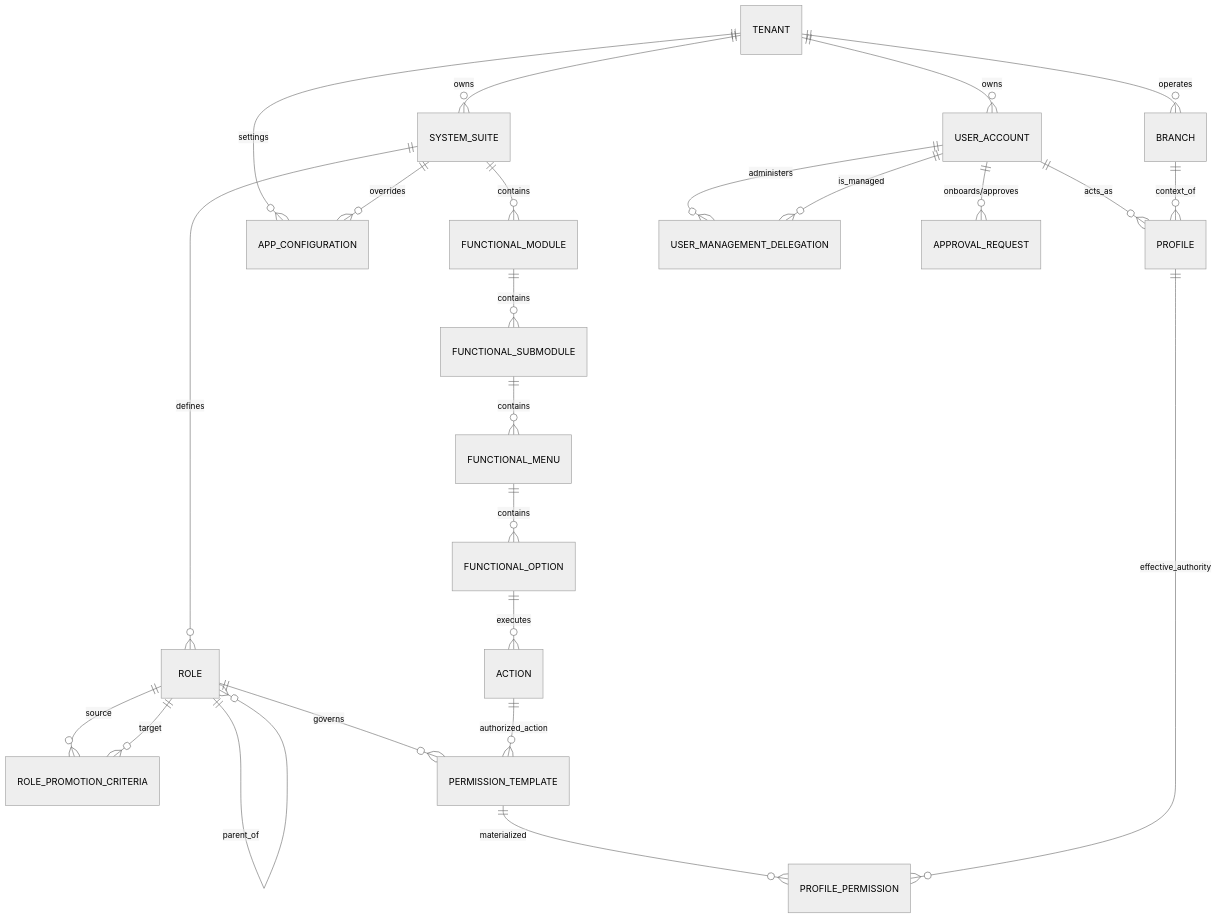
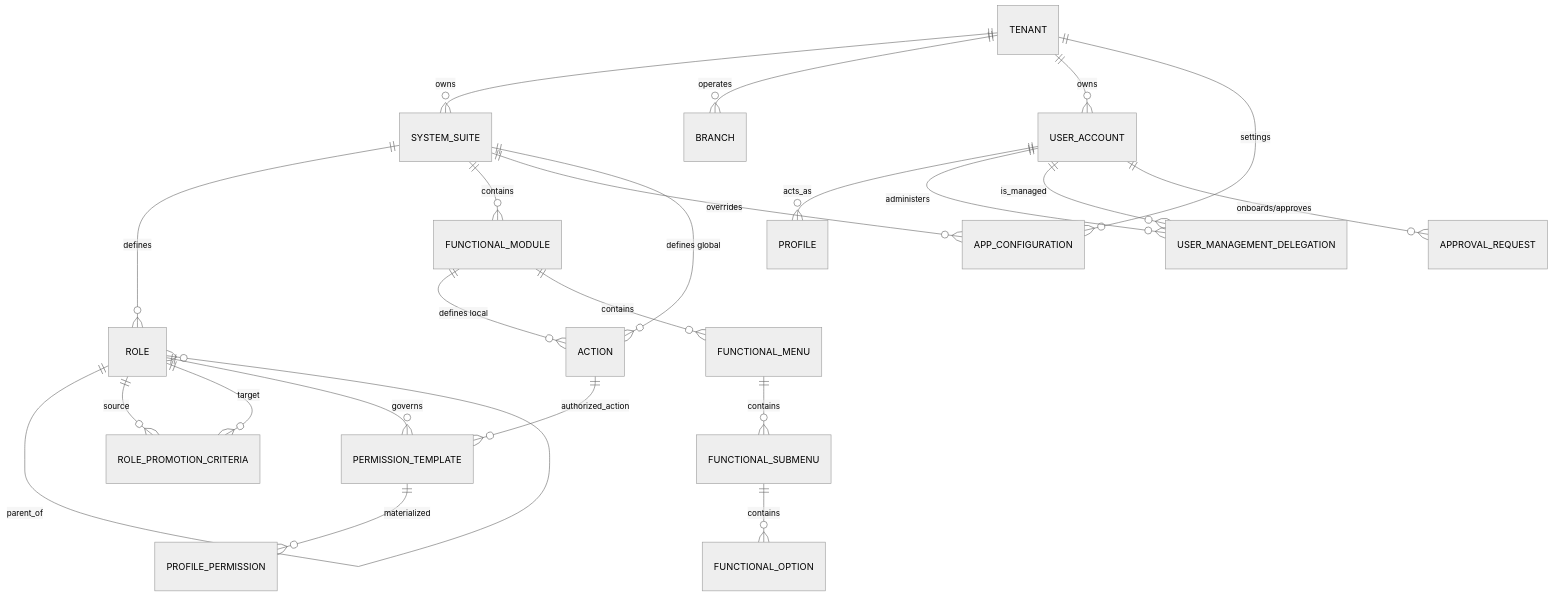
Before and after one commit to beyondnetcode/ums: the first of 4 diagrams in docs/architecture/blueprints/database-design-er.md, drawn with Mermaid (neutral theme). The commit also changed other lines of this file and 1 other file, not shown here.

Commit message:
docs: finalize hierarchy as System-Module-Menu-SubMenu-Option and cleanup intro text

````diff
--- a/docs/architecture/blueprints/database-design-er.md
+++ b/docs/architecture/blueprints/database-design-er.md
@@ -31,33 +31,32 @@
 ```mermaid
 erDiagram
     TENANT ||--o{ SYSTEM_SUITE : "owns"
     TENANT ||--o{ BRANCH : "operates"
     TENANT ||--o{ USER_ACCOUNT : "owns"
     SYSTEM_SUITE ||--o{ ROLE : "defines"
     SYSTEM_SUITE ||--o{ FUNCTIONAL_MODULE : "contains"
     
     ROLE ||--o{ ROLE : "parent_of"
     ROLE ||--o{ ROLE_PROMOTION_CRITERIA : "source"
     ROLE ||--o{ ROLE_PROMOTION_CRITERIA : "target"
     
     TENANT ||--o{ APP_CONFIGURATION : "settings"
     SYSTEM_SUITE ||--o{ APP_CONFIGURATION : "overrides"
     
     ROLE ||--o{ PERMISSION_TEMPLATE : "governs"
     PERMISSION_TEMPLATE ||--o{ PROFILE_PERMISSION : "materialized"
     
     USER_ACCOUNT ||--o{ PROFILE : "acts_as"
     USER_ACCOUNT ||--o{ USER_MANAGEMENT_DELEGATION : "administers"
     USER_ACCOUNT ||--o{ USER_MANAGEMENT_DELEGATION : "is_managed"
     USER_ACCOUNT ||--o{ APPROVAL_REQUEST : "onboards/approves"
     
-    BRANCH ||--o{ PROFILE : "context_of"
-    PROFILE ||--o{ PROFILE_PERMISSION : "effective_authority"
+    SYSTEM_SUITE ||--o{ ACTION : "defines global"
+    FUNCTIONAL_MODULE ||--o{ ACTION : "defines local"
     
-    FUNCTIONAL_MODULE ||--o{ FUNCTIONAL_SUBMODULE : "contains"
-    FUNCTIONAL_SUBMODULE ||--o{ FUNCTIONAL_MENU : "contains"
-    FUNCTIONAL_MENU ||--o{ FUNCTIONAL_OPTION : "contains"
-    FUNCTIONAL_OPTION ||--o{ ACTION : "executes"
+    FUNCTIONAL_MODULE ||--o{ FUNCTIONAL_MENU : "contains"
+    FUNCTIONAL_MENU ||--o{ FUNCTIONAL_SUBMENU : "contains"
+    FUNCTIONAL_SUBMENU ||--o{ FUNCTIONAL_OPTION : "contains"
     
     ACTION ||--o{ PERMISSION_TEMPLATE : "authorized_action"
 ```
````
